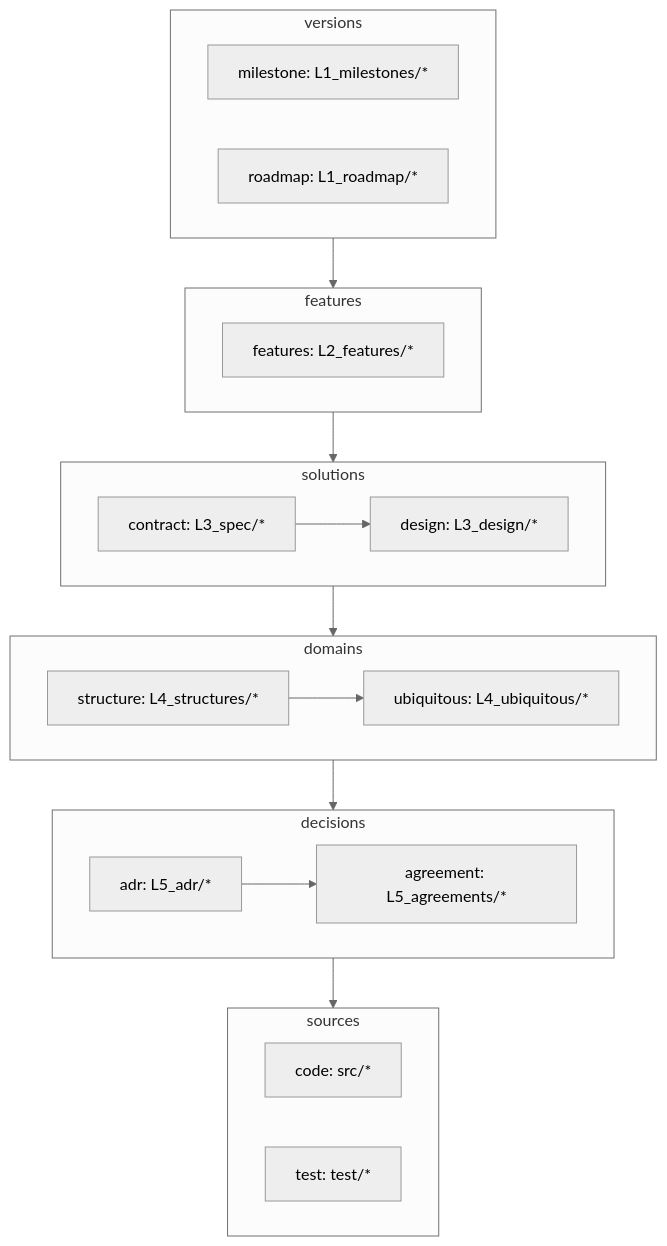
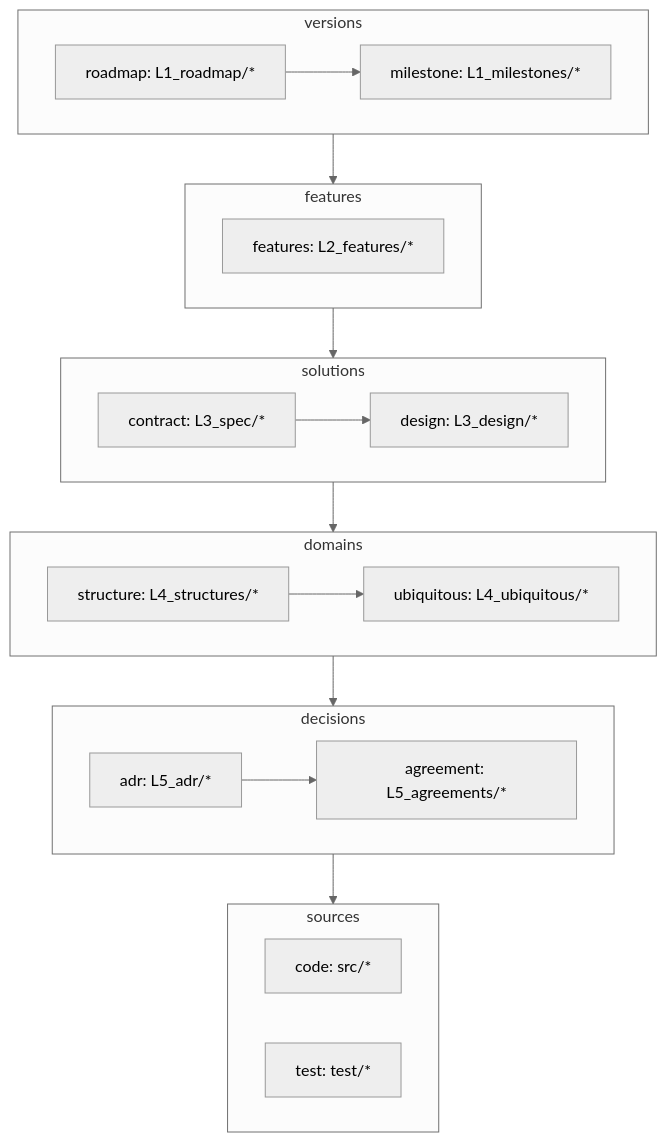
The diagram in docs/overview.md (gameundwatch/periplus), drawn with Mermaid (neutral theme) before and after one commit.

Commit message:
add: roadmap --> milestone の対を引く
機能の削除など破壊的変更が、出荷済みの版を参照する。

````diff
--- a/docs/overview.md
+++ b/docs/overview.md
@@ -11,39 +11,40 @@
 ```mermaid
 flowchart TD
 
     subgraph L1[versions]
         milestone[milestone: L1_milestones/*]
         roadmap[roadmap: L1_roadmap/*]
     end
 
     subgraph L2[features]
         feature[features: L2_features/*]
     end
 
     subgraph L3[solutions]
         design[design: L3_design/*]
         contract[contract: L3_spec/*]
     end
 
     subgraph L4[domains]
         ubiquitous[ubiquitous: L4_ubiquitous/*]
         structure[structure: L4_structures/*]
     end
 
     subgraph L5[decisions]
         adr[adr: L5_adr/*]
         agreement[agreement: L5_agreements/*]
     end
 
     subgraph L6[sources]
         code[code: src/*]
         test[test: test/*]
     end
 
     L1 --> L2 --> L3 --> L4 --> L5 --> L6
 
+    roadmap --> milestone
     contract --> design
     structure --> ubiquitous
     adr --> agreement
 
 ```
````
